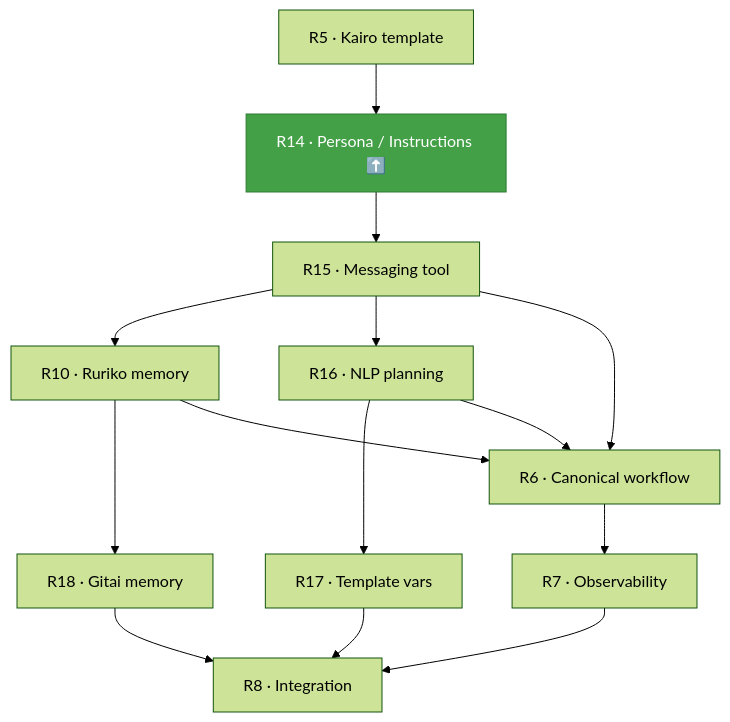
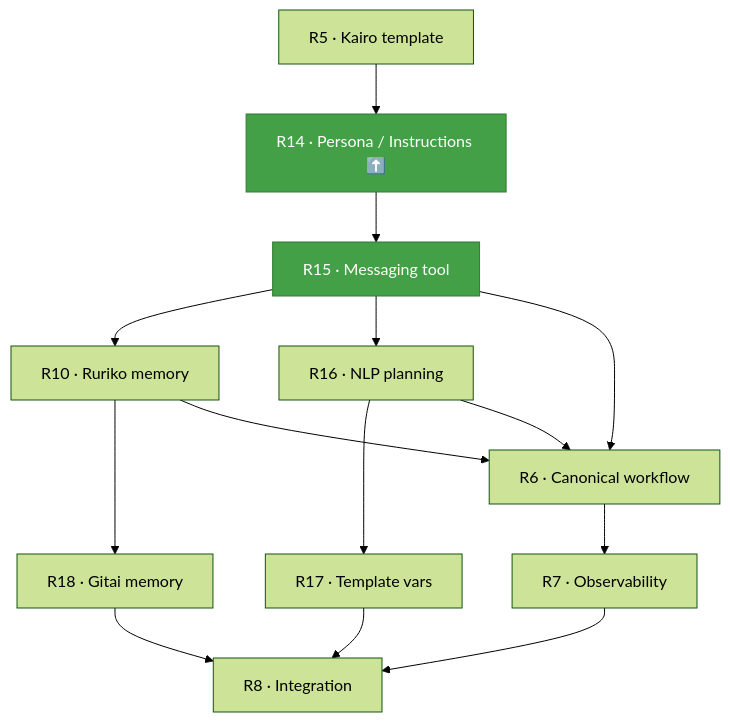
Before and after one commit to bdobrica/Ruriko: the diagram in TODO.md, drawn with Mermaid (forest theme). The commit also changed other lines of this file and 6 other files, not shown here.

````diff
--- a/TODO.md
+++ b/TODO.md
@@ -15,25 +15,26 @@
 ```mermaid
 graph TD
     R5["R5 · Kairo template"]
     R14["R14 · Persona / Instructions ⬆️"]
     R15["R15 · Messaging tool"]
     R10["R10 · Ruriko memory"]
     R16["R16 · NLP planning"]
     R18["R18 · Gitai memory"]
     R17["R17 · Template vars"]
     R6["R6 · Canonical workflow"]
     R7["R7 · Observability"]
     R8["R8 · Integration"]
 
     R5 --> R14 --> R15
     R15 --> R10 --> R18
     R15 --> R16 --> R17
     R15 --> R6
     R10 --> R6
     R16 --> R6
     R6 --> R7 --> R8
     R17 --> R8
     R18 --> R8
 
     style R14 fill:#43a047,stroke:#2e7d32,color:#fff
+    style R15 fill:#43a047,stroke:#2e7d32,color:#fff
 ```
````
